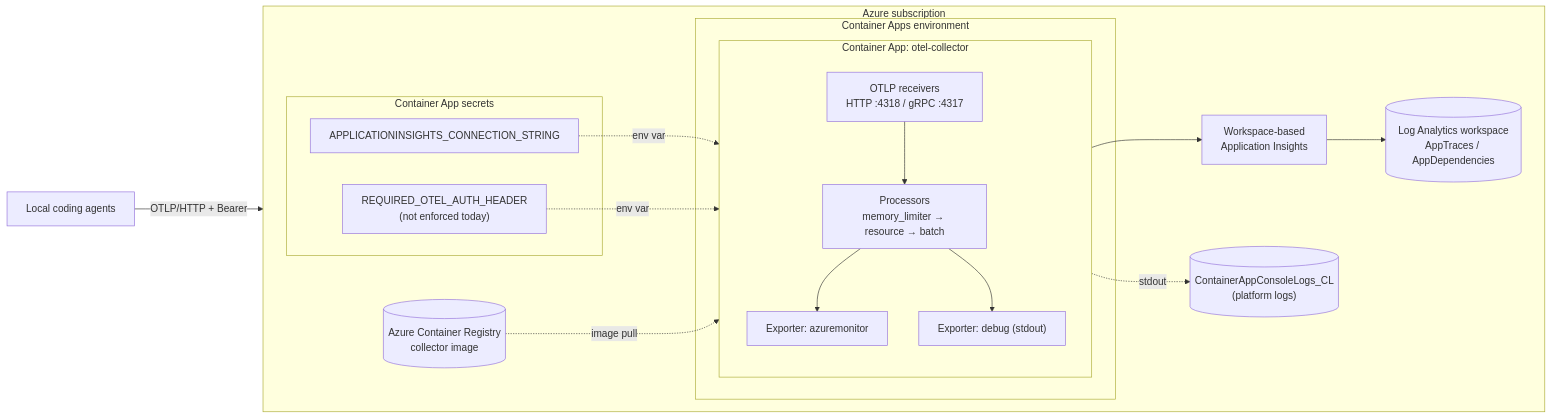
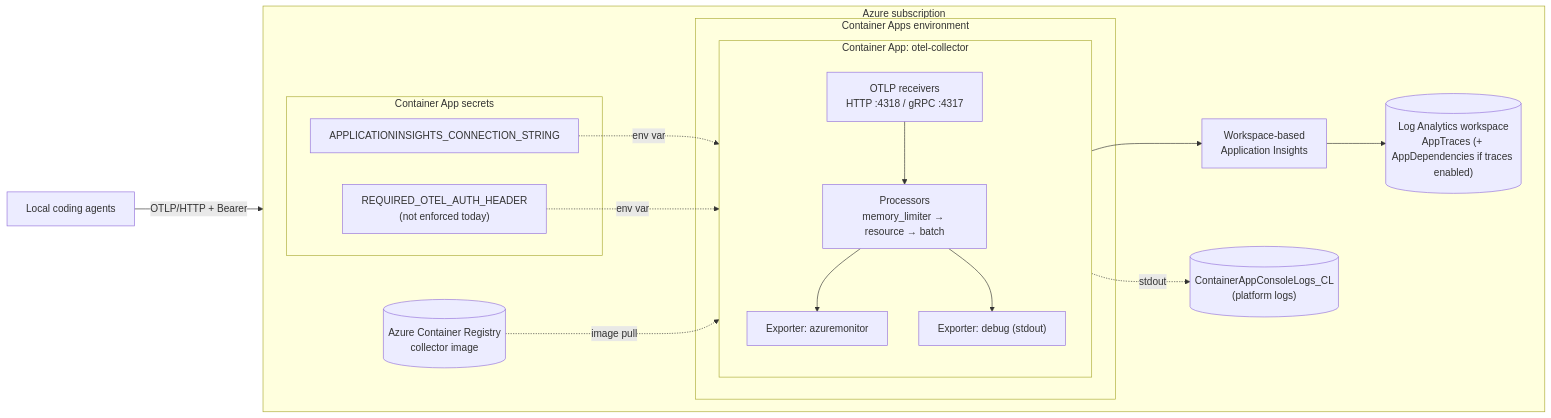
One commit to lnfernux/OTEL2Sentinel changed the diagram in README.MD. Above: the diagram before and after it, drawn with Mermaid. The commit also changed other lines of this file and 7 other files, not shown here.

````diff
--- a/README.MD
+++ b/README.MD
@@ -22,40 +22,40 @@
 ```mermaid
 flowchart LR
     AGENT["Local coding agents"]
 
     subgraph Azure["Azure subscription"]
         direction LR
 
         ACR[("Azure Container Registry<br/>collector image")]
 
         subgraph CAE["Container Apps environment"]
             subgraph CA["Container App: otel-collector"]
                 direction TB
                 RCV["OTLP receivers<br/>HTTP :4318 / gRPC :4317"]
                 PROC["Processors<br/>memory_limiter → resource → batch"]
                 EXP_AM["Exporter: azuremonitor"]
                 EXP_DBG["Exporter: debug (stdout)"]
                 RCV --> PROC --> EXP_AM
                 PROC --> EXP_DBG
             end
         end
 
         subgraph Secrets["Container App secrets"]
             S_CONN["APPLICATIONINSIGHTS_CONNECTION_STRING"]
             S_AUTH["REQUIRED_OTEL_AUTH_HEADER<br/>(not enforced today)"]
         end
 
         AI["Workspace-based<br/>Application Insights"]
-        LAW[("Log Analytics workspace<br/>AppTraces / AppDependencies")]
+        LAW[("Log Analytics workspace<br/>AppTraces (+ AppDependencies if traces enabled)")]
         CACL[("ContainerAppConsoleLogs_CL<br/>(platform logs)")]
     end
 
     AGENT -- "OTLP/HTTP + Bearer" --> RCV
 
     ACR -. image pull .-> CA
     S_CONN -. env var .-> EXP_AM
     S_AUTH -. env var .-> CA
 
     EXP_AM --> AI --> LAW
     EXP_DBG -. stdout .-> CACL
 ```
````
